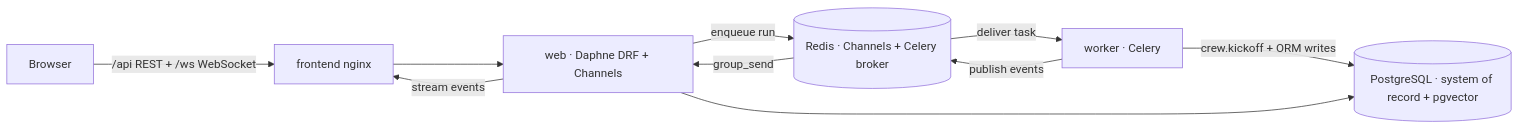
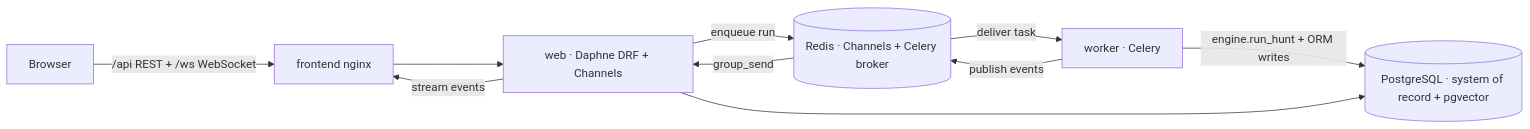
Before and after one commit to TarzEH/RedWeaver: the diagram in docs/ARCHITECTURE.md, drawn with Mermaid. The commit also changed other lines of this file and 2 other files, not shown here.

First line of the commit message:
docs: update README + ARCHITECTURE for pluggable engine, configurable embeddings, and Ragas eval

````diff
--- a/docs/ARCHITECTURE.md
+++ b/docs/ARCHITECTURE.md
@@ -103,19 +133,19 @@
 ```mermaid
 flowchart LR
   browser[Browser]
   fe[frontend nginx]
   web[web · Daphne DRF + Channels]
   worker[worker · Celery]
   pg[(PostgreSQL · system of record + pgvector)]
   redis[(Redis · Channels + Celery broker)]
 
   browser -->|"/api REST + /ws WebSocket"| fe
   fe --> web
   web -->|enqueue run| redis
   redis -->|deliver task| worker
-  worker -->|crew.kickoff + ORM writes| pg
+  worker -->|engine.run_hunt + ORM writes| pg
   worker -->|publish events| redis
   redis -->|group_send| web
   web -->|stream events| fe
   web --> pg
 ```
````
